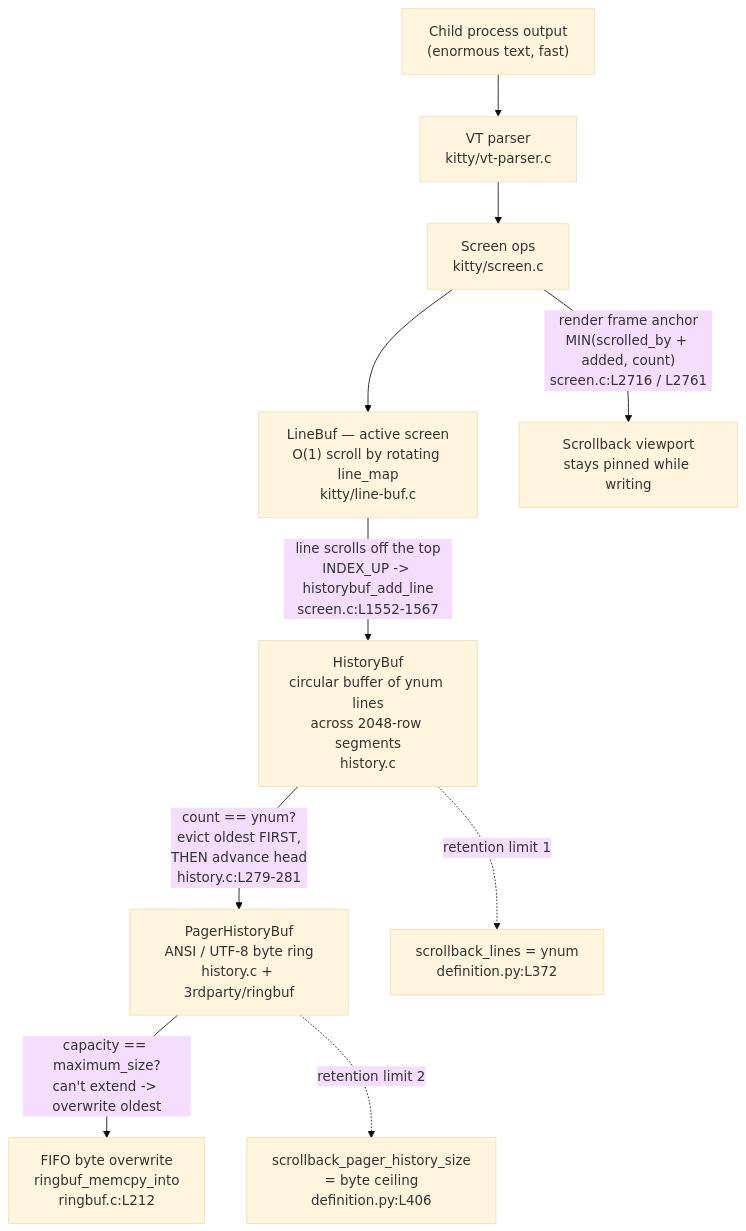
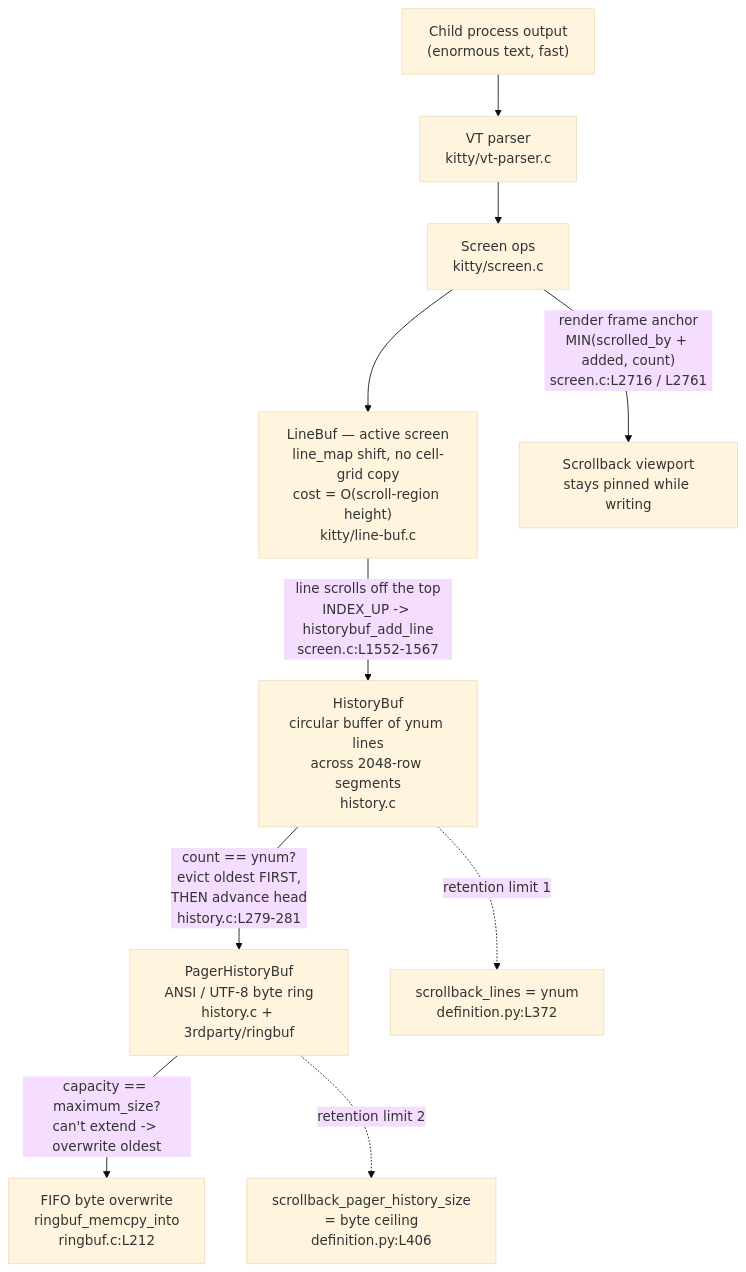
One commit to blitzy-research/kitty changed the diagram in blitzy/documentation/kitty_815df1e210e0.md. Above: the diagram before and after it, drawn with Mermaid (base theme). The commit also changed other lines of this file, not shown here.

First line of the commit message:
docs: fix HistoryBuf analysis factual accuracy (code-review findings)

````diff
--- a/blitzy/documentation/kitty_815df1e210e0.md
+++ b/blitzy/documentation/kitty_815df1e210e0.md
@@ -57,13 +57,13 @@
 ```mermaid
 flowchart TD
     A["Child process output<br/>(enormous text, fast)"] --> B["VT parser<br/>kitty/vt-parser.c"]
     B --> C["Screen ops<br/>kitty/screen.c"]
-    C --> D["LineBuf — active screen<br/>O(1) scroll by rotating line_map<br/>kitty/line-buf.c"]
+    C --> D["LineBuf — active screen<br/>line_map shift, no cell-grid copy<br/>cost = O(scroll-region height)<br/>kitty/line-buf.c"]
     D -->|"line scrolls off the top<br/>INDEX_UP -> historybuf_add_line<br/>screen.c:L1552-1567"| E["HistoryBuf<br/>circular buffer of ynum lines<br/>across 2048-row segments<br/>history.c"]
     E -->|"count == ynum?<br/>evict oldest FIRST,<br/>THEN advance head<br/>history.c:L279-281"| F["PagerHistoryBuf<br/>ANSI / UTF-8 byte ring<br/>history.c + 3rdparty/ringbuf"]
     F -->|"capacity == maximum_size?<br/>can't extend -> overwrite oldest"| G["FIFO byte overwrite<br/>ringbuf_memcpy_into<br/>ringbuf.c:L212"]
     E -.->|"retention limit 1"| H["scrollback_lines = ynum<br/>definition.py:L372"]
     F -.->|"retention limit 2"| I["scrollback_pager_history_size<br/>= byte ceiling<br/>definition.py:L406"]
     C -->|"render frame anchor<br/>MIN(scrolled_by + added, count)<br/>screen.c:L2716 / L2761"| J["Scrollback viewport<br/>stays pinned while writing"]
 %% Two independent retention tiers: in-memory lines vs. pager bytes
 ```
````
